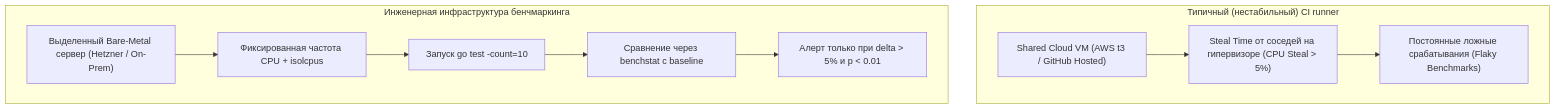
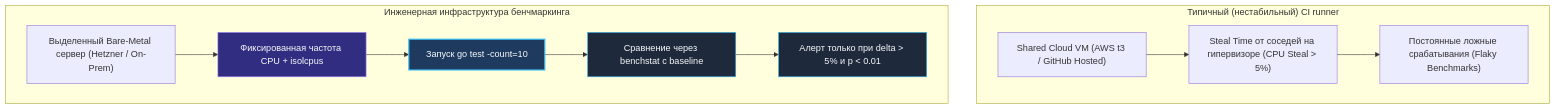
Before and after one commit to UnrealTemplier/go-textbook: the fourth of 4 diagrams in sources/16. Профилирование, отладка и производительность/02. Benchmarking/6. Стабилизация результатов.md, drawn with Mermaid. The commit also changed other lines of this file and 1666 other files, not shown here.

First line of the commit message:
feat(mermaid): add semantic color classDef to 1369 colorless flowchart/graph diagrams

````diff
--- a/sources/16. Профилирование, отладка и производительность/02. Benchmarking/6. Стабилизация результатов.md
+++ b/sources/16. Профилирование, отладка и производительность/02. Benchmarking/6. Стабилизация результатов.md
@@ -454,18 +484,28 @@
 ```mermaid
 flowchart TD
+    classDef process  fill:#1e293b,stroke:#38bdf8,stroke-width:1px,color:#f8fafc
+    classDef success  fill:#064e3b,stroke:#34d399,stroke-width:1px,color:#f8fafc
+    classDef error    fill:#7f1d1d,stroke:#f87171,stroke-width:1px,color:#f8fafc
+    classDef warning  fill:#78350f,stroke:#fbbf24,stroke-width:1px,color:#f8fafc
+    classDef entry    fill:#1e3a5f,stroke:#38bdf8,stroke-width:2px,color:#f8fafc
+    classDef aux      fill:#334155,stroke:#64748b,stroke-width:1px,color:#f8fafc
+    classDef system   fill:#312e81,stroke:#a78bfa,stroke-width:1px,color:#f8fafc
+    classDef data     fill:#132d29,stroke:#2dd4bf,stroke-width:1px,color:#f8fafc
+    classDef network  fill:#881337,stroke:#fb7185,stroke-width:1px,color:#f8fafc
+    classDef accent   fill:#1e1b4b,stroke:#818cf8,stroke-width:1px,color:#f8fafc
     subgraph BadCI["Типичный (нестабильный) CI runner"]
         VM1["Shared Cloud VM (AWS t3 / GitHub Hosted)"]
         Steal["Steal Time от соседей на гипервизоре (CPU Steal > 5%)"]
         Flap["Постоянные ложные срабатывания (Flaky Benchmarks)"]
         VM1 --> Steal --> Flap
     end
 
     subgraph GoodCI["Инженерная инфраструктура бенчмаркинга"]
         BM["Выделенный Bare-Metal сервер (Hetzner / On-Prem)"]
-        Tune["Фиксированная частота CPU + isolcpus"]
-        Bench["Запуск go test -count=10"]
-        Stat["Сравнение через benchstat с baseline"]
-        Alert["Алерт только при delta > 5% и p < 0.01"]
+        Tune["Фиксированная частота CPU + isolcpus"]:::system
+        Bench["Запуск go test -count=10"]:::entry
+        Stat["Сравнение через benchstat с baseline"]:::process
+        Alert["Алерт только при delta > 5% и p < 0.01"]:::process
         BM --> Tune --> Bench --> Stat --> Alert
     end
 ```
````
